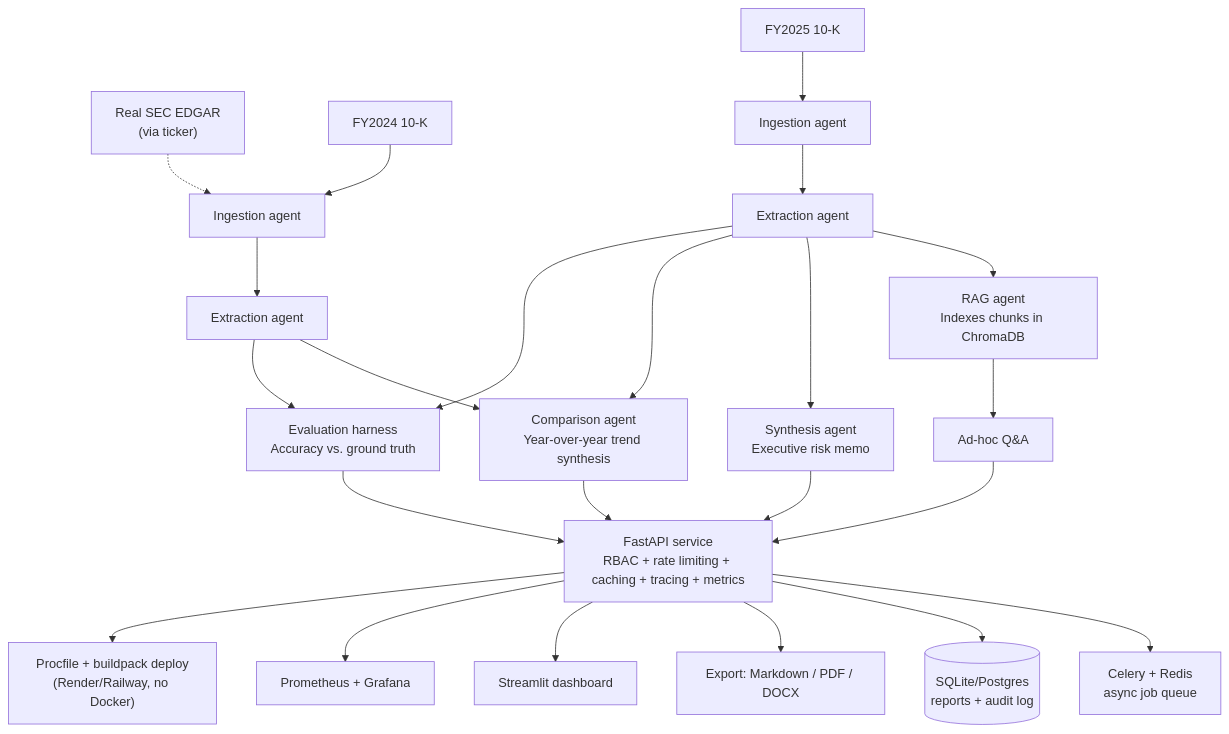
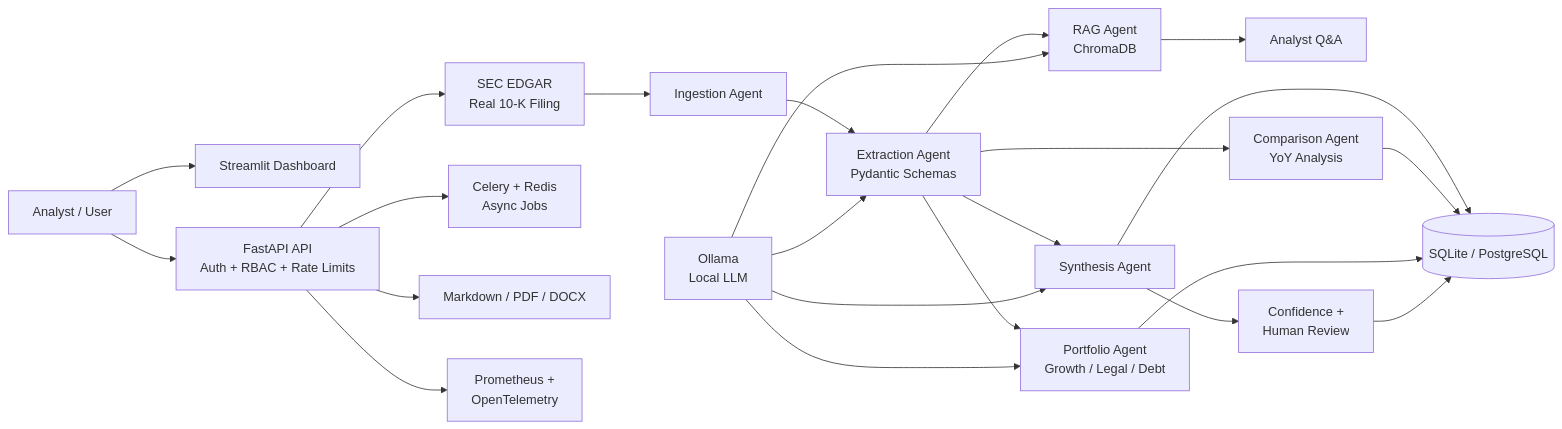
The diagram in README.md (Shraddhatodkari/agentic-wealth-intelligence), drawn with Mermaid before and after one commit. The commit also changed other lines of this file, not shown here.

Commit message:
Finalize resume-ready README

````diff
--- a/README.md
+++ b/README.md
@@ -91,25 +77,31 @@
 ```mermaid
-flowchart TD
-    Real["Real SEC EDGAR<br/>(via ticker)"] -.-> B1
-    A1["FY2024 10-K"] --> B1["Ingestion agent"]
-    A2["FY2025 10-K"] --> B2["Ingestion agent"]
-    B1 --> C1["Extraction agent"]
-    B2 --> C2["Extraction agent"]
-    C2 --> D["RAG agent<br/>Indexes chunks in ChromaDB"]
-    D --> E["Ad-hoc Q&A"]
-    C2 --> F["Synthesis agent<br/>Executive risk memo"]
-    C1 --> G["Comparison agent<br/>Year-over-year trend synthesis"]
-    C2 --> G
-    C1 --> H["Evaluation harness<br/>Accuracy vs. ground truth"]
-    C2 --> H
-    F --> API["FastAPI service<br/>RBAC + rate limiting + caching + tracing + metrics"]
-    G --> API
-    H --> API
-    E --> API
-    API --> Queue["Celery + Redis<br/>async job queue"]
-    API --> DB[("SQLite/Postgres<br/>reports + audit log")]
-    API --> Export["Export: Markdown / PDF / DOCX"]
-    API --> UI["Streamlit dashboard"]
-    API --> Prom["Prometheus + Grafana"]
-    API --> Deploy["Procfile + buildpack deploy<br/>(Render/Railway, no Docker)"]
+flowchart LR
+    U["Analyst / User"] --> UI["Streamlit Dashboard"]
+    U --> API["FastAPI API<br/>Auth + RBAC + Rate Limits"]
+
+    API --> SEC["SEC EDGAR<br/>Real 10-K Filing"]
+    SEC --> ING["Ingestion Agent"]
+    ING --> EXT["Extraction Agent<br/>Pydantic Schemas"]
+
+    EXT --> RAG["RAG Agent<br/>ChromaDB"]
+    EXT --> SYN["Synthesis Agent"]
+    RAG --> QA["Analyst Q&A"]
+    SYN --> GOV["Confidence +<br/>Human Review"]
+
+    EXT --> CMP["Comparison Agent<br/>YoY Analysis"]
+    EXT --> PORT["Portfolio Agent<br/>Growth / Legal / Debt"]
+
+    SYN --> DB[("SQLite / PostgreSQL")]
+    CMP --> DB
+    PORT --> DB
+    GOV --> DB
+
+    API --> JOB["Celery + Redis<br/>Async Jobs"]
+    API --> EXP["Markdown / PDF / DOCX"]
+    API --> OBS["Prometheus +<br/>OpenTelemetry"]
+
+    LLM["Ollama<br/>Local LLM"] --> EXT
+    LLM --> SYN
+    LLM --> RAG
+    LLM --> PORT
 ```
````
